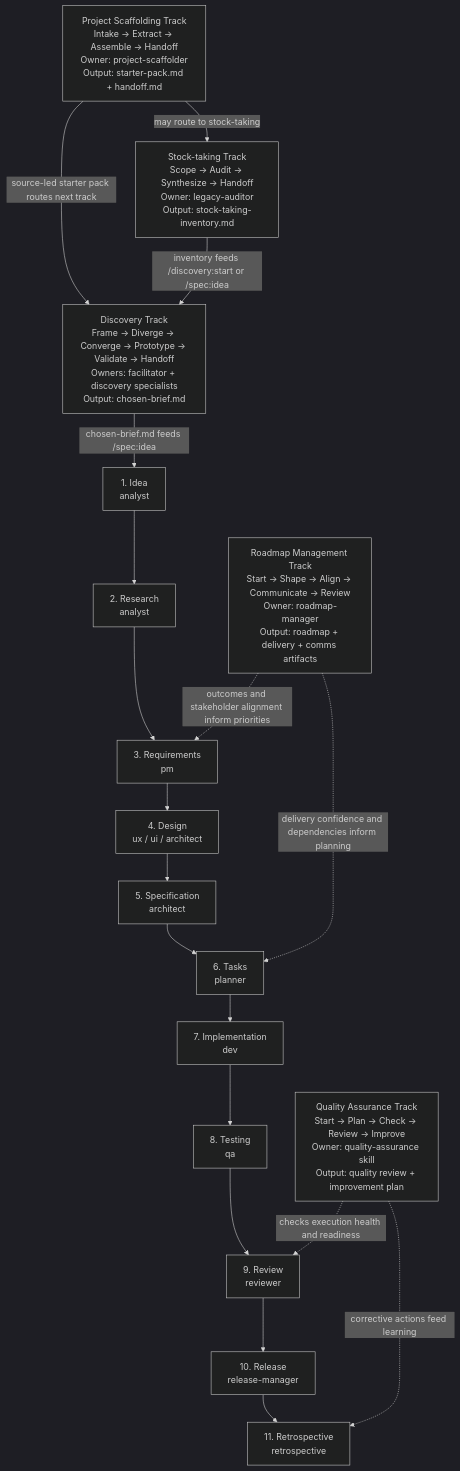
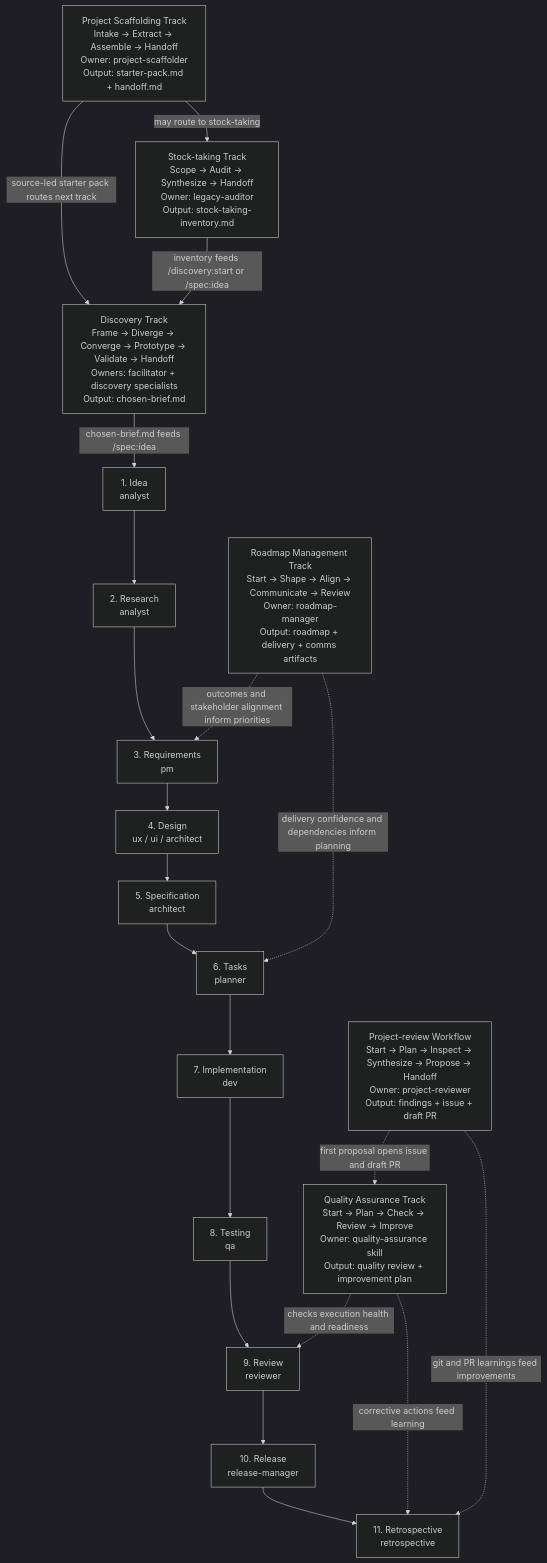
Before and after one commit to Luis85/agentic-workflow: the first of 2 diagrams in docs/workflow-overview.md, drawn with Mermaid (dark theme). The commit also changed other lines of this file and 27 other files, not shown here.

Commit message:
docs(project-review): add PRV workflow

````diff
--- a/docs/workflow-overview.md
+++ b/docs/workflow-overview.md
@@ -3,39 +3,42 @@
 ```mermaid
 flowchart TD
     scaffold["Project Scaffolding Track<br/>Intake -> Extract -> Assemble -> Handoff<br/>Owner: project-scaffolder<br/>Output: starter-pack.md + handoff.md"]
     stock["Stock-taking Track<br/>Scope -> Audit -> Synthesize -> Handoff<br/>Owner: legacy-auditor<br/>Output: stock-taking-inventory.md"]
     discovery["Discovery Track<br/>Frame -> Diverge -> Converge -> Prototype -> Validate -> Handoff<br/>Owners: facilitator + discovery specialists<br/>Output: chosen-brief.md"]
     quality["Quality Assurance Track<br/>Start -> Plan -> Check -> Review -> Improve<br/>Owner: quality-assurance skill<br/>Output: quality review + improvement plan"]
+    project_review["Project-review Workflow<br/>Start -> Plan -> Inspect -> Synthesize -> Propose -> Handoff<br/>Owner: project-reviewer<br/>Output: findings + issue + draft PR"]
     roadmap["Roadmap Management Track<br/>Start -> Shape -> Align -> Communicate -> Review<br/>Owner: roadmap-manager<br/>Output: roadmap + delivery + comms artifacts"]
 
     idea["1. Idea<br/>analyst"]
     research["2. Research<br/>analyst"]
     requirements["3. Requirements<br/>pm"]
     design["4. Design<br/>ux / ui / architect"]
     specification["5. Specification<br/>architect"]
     tasks["6. Tasks<br/>planner"]
     implementation["7. Implementation<br/>dev"]
     testing["8. Testing<br/>qa"]
     review["9. Review<br/>reviewer"]
     release["10. Release<br/>release-manager"]
     retro["11. Retrospective<br/>retrospective"]
 
     scaffold -->|source-led starter pack routes next track| discovery
     scaffold -->|may route to stock-taking| stock
     stock -->|inventory feeds /discovery:start or /spec:idea| discovery
     discovery -->|chosen-brief.md feeds /spec:idea| idea
     idea --> research
     research --> requirements
     requirements --> design
     design --> specification
     specification --> tasks
     tasks --> implementation
     implementation --> testing
     testing --> review
     review --> release
     release --> retro
     quality -.->|checks execution health and readiness| review
     quality -.->|corrective actions feed learning| retro
+    project_review -.->|git and PR learnings feed improvements| retro
+    project_review -.->|first proposal opens issue and draft PR| quality
     roadmap -.->|outcomes and stakeholder alignment inform priorities| requirements
     roadmap -.->|delivery confidence and dependencies inform planning| tasks
 ```
````
